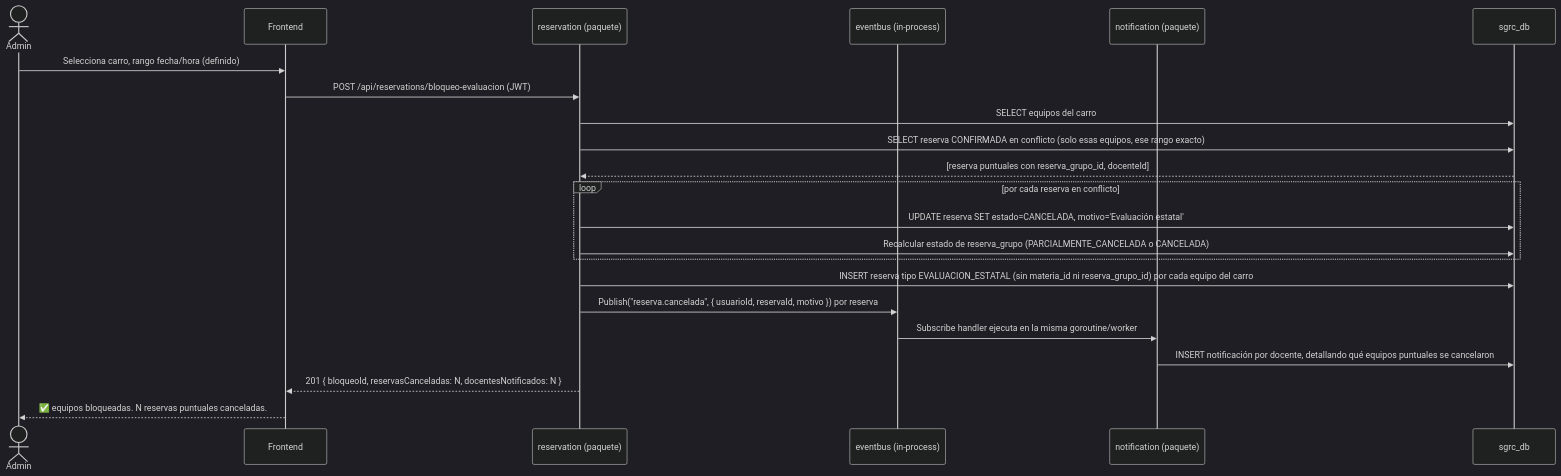
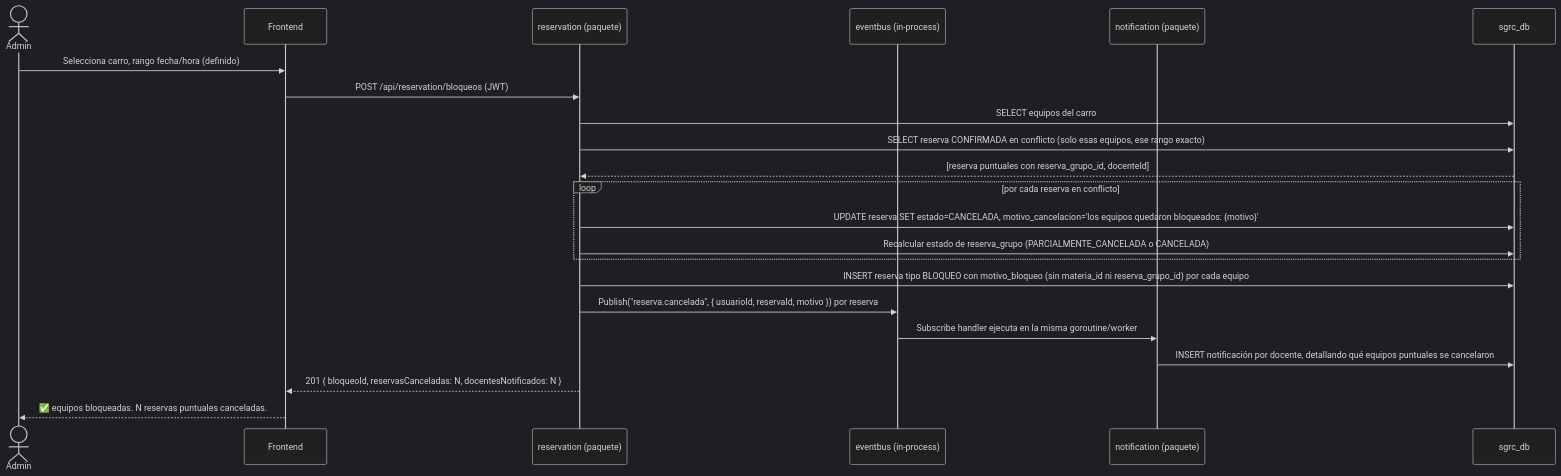
Before and after one commit to agustin-y2k/sgrc: the sixth of 13 diagrams in docs/04-diagramas-secuencia.md, drawn with Mermaid (dark theme). The commit also changed other lines of this file and 39 other files, not shown here.

First line of the commit message:
Un bloqueo no es siempre una evaluación

````diff
--- a/docs/04-diagramas-secuencia.md
+++ b/docs/04-diagramas-secuencia.md
@@ -186,25 +186,25 @@
 ```mermaid
 sequenceDiagram
     actor ADM as Admin
     participant FE as Frontend
     participant RES as reservation (paquete)
     participant EB as eventbus (in-process)
     participant NOTIF as notification (paquete)
     participant DB as sgrc_db
 
     ADM->>FE: Selecciona carro, rango fecha/hora (definido)
-    FE->>RES: POST /api/reservations/bloqueo-evaluacion (JWT)
+    FE->>RES: POST /api/reservation/bloqueos (JWT)
     RES->>DB: SELECT equipos del carro
     RES->>DB: SELECT reserva CONFIRMADA en conflicto (solo esas equipos, ese rango exacto)
     DB-->>RES: [reserva puntuales con reserva_grupo_id, docenteId]
     loop por cada reserva en conflicto
-        RES->>DB: UPDATE reserva SET estado=CANCELADA, motivo='Evaluación estatal'
+        RES->>DB: UPDATE reserva SET estado=CANCELADA, motivo_cancelacion='los equipos quedaron bloqueados: {motivo}'
         RES->>DB: Recalcular estado de reserva_grupo (PARCIALMENTE_CANCELADA o CANCELADA)
     end
-    RES->>DB: INSERT reserva tipo EVALUACION_ESTATAL (sin materia_id ni reserva_grupo_id) por cada equipo del carro
+    RES->>DB: INSERT reserva tipo BLOQUEO con motivo_bloqueo (sin materia_id ni reserva_grupo_id) por cada equipo
     RES->>EB: Publish("reserva.cancelada", { usuarioId, reservaId, motivo }) por reserva
     EB->>NOTIF: Subscribe handler ejecuta en la misma goroutine/worker
     NOTIF->>DB: INSERT notificación por docente, detallando qué equipos puntuales se cancelaron
     RES-->>FE: 201 { bloqueoId, reservasCanceladas: N, docentesNotificados: N }
     FE-->>ADM: ✅ equipos bloqueadas. N reservas puntuales canceladas.
 ```
````
